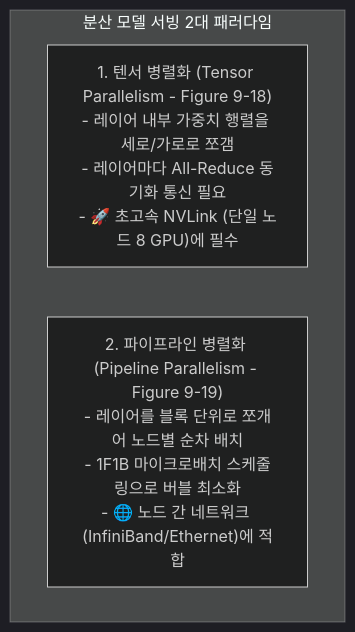
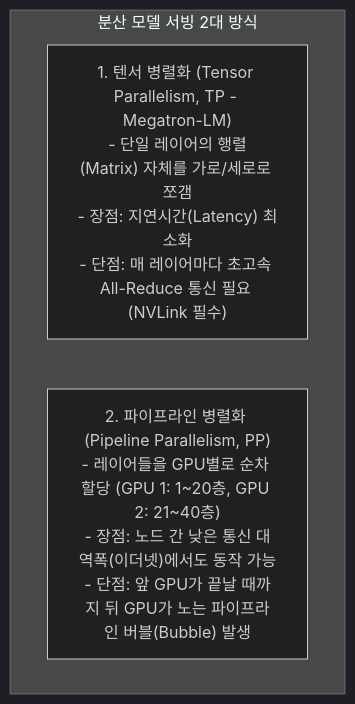
Before and after one commit to sing-u8/AI-Engineering: the second of 2 diagrams in chapter-qa/ch09-inference-optimization-qa/03-speculative-decoding-caching-and-parallelism.md, drawn with Mermaid (dark theme). The commit also changed other lines of this file and 25 other files, not shown here.

````diff
--- a/chapter-qa/ch09-inference-optimization-qa/03-speculative-decoding-caching-and-parallelism.md
+++ b/chapter-qa/ch09-inference-optimization-qa/03-speculative-decoding-caching-and-parallelism.md
@@ -91,7 +71,7 @@
 ```mermaid
 flowchart TD
-    subgraph Parallelism["분산 모델 서빙 2대 패러다임"]
-        TP["1. 텐서 병렬화 (Tensor Parallelism - Figure 9-18)\n- 레이어 내부 가중치 행렬을 세로/가로로 쪼갬\n- 레이어마다 All-Reduce 동기화 통신 필요\n- 🚀 초고속 NVLink (단일 노드 8 GPU)에 필수"]
-        PP["2. 파이프라인 병렬화 (Pipeline Parallelism - Figure 9-19)\n- 레이어를 블록 단위로 쪼개어 노드별 순차 배치\n- 1F1B 마이크로배치 스케줄링으로 버블 최소화\n- 🌐 노드 간 네트워크 (InfiniBand/Ethernet)에 적합"]
+    subgraph Parallelism["분산 모델 서빙 2대 방식"]
+        TP["1. 텐서 병렬화 (Tensor Parallelism, TP - Megatron-LM)\n- 단일 레이어의 행렬(Matrix) 자체를 가로/세로로 쪼갬\n- 장점: 지연시간(Latency) 최소화\n- 단점: 매 레이어마다 초고속 All-Reduce 통신 필요 (NVLink 필수)"]
+        PP["2. 파이프라인 병렬화 (Pipeline Parallelism, PP)\n- 레이어들을 GPU별로 순차 할당 (GPU 1: 1~20층, GPU 2: 21~40층)\n- 장점: 노드 간 낮은 통신 대역폭(이더넷)에서도 동작 가능\n- 단점: 앞 GPU가 끝날 때까지 뒤 GPU가 노는 파이프라인 버블(Bubble) 발생"]
     end
 ```
````
